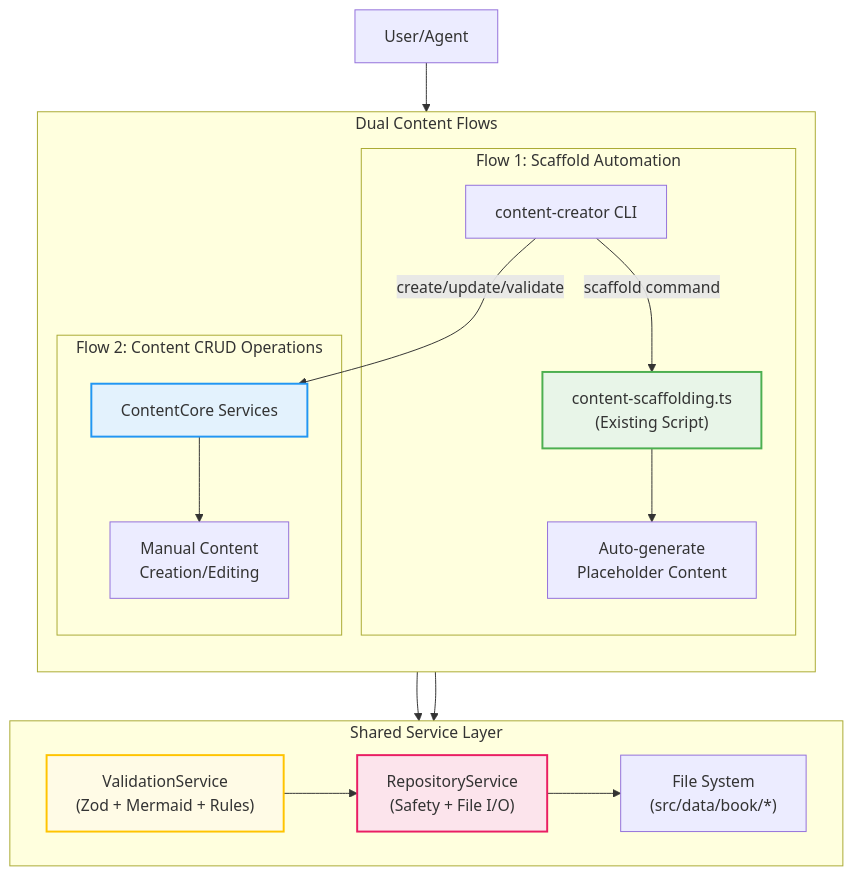
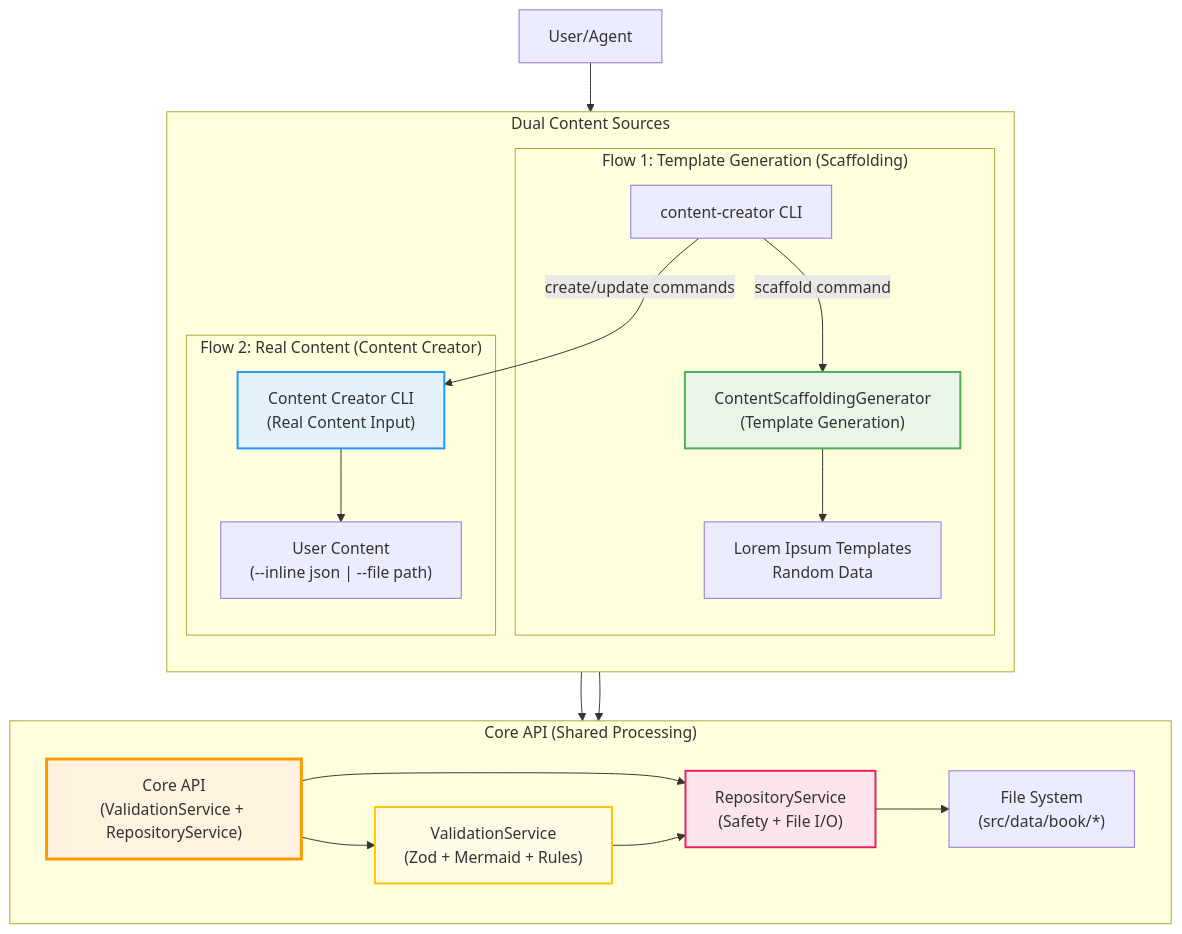
One commit to castocolina/learn-cloud changed the first of 6 diagrams in PLAN-CONTENT-GENERATION.md. Above: the diagram before and after it, drawn with Mermaid. The commit also changed other lines of this file and 13 other files, not shown here.

````diff
--- a/PLAN-CONTENT-GENERATION.md
+++ b/PLAN-CONTENT-GENERATION.md
@@ -11,32 +11,35 @@
 ```mermaid
 flowchart TB
     User["User/Agent"] --> CLI["content-creator CLI"]
 
-    subgraph "Dual Content Flows"
+    subgraph "Dual Content Sources"
         direction TB
 
-        subgraph "Flow 1: Scaffold Automation"
-            CLI -- "scaffold command" --> ScaffoldScript["content-scaffolding.ts<br/>(Existing Script)"]
-            ScaffoldScript --> ScaffoldGen["Auto-generate<br/>Placeholder Content"]
+        subgraph "Flow 1: Template Generation (Scaffolding)"
+            CLI -- "scaffold command" --> ScaffoldGen["ContentScaffoldingGenerator<br/>(Template Generation)"]
+            ScaffoldGen --> TemplateContent["Lorem Ipsum Templates<br/>Random Data"]
         end
 
-        subgraph "Flow 2: Content CRUD Operations"
-            CLI -- "create/update/validate" --> ContentCore["ContentCore Services"]
-            ContentCore --> UserContent["Manual Content<br/>Creation/Editing"]
+        subgraph "Flow 2: Real Content (Content Creator)"
+            CLI -- "create/update commands" --> ContentCreator["Content Creator CLI<br/>(Real Content Input)"]
+            ContentCreator --> RealContent["User Content<br/>(--inline json | --file path)"]
         end
     end
 
-    subgraph "Shared Service Layer"
+    subgraph "Core API (Shared Processing)"
         direction LR
-        ScaffoldGen --> VS["ValidationService<br/>(Zod + Mermaid + Rules)"]
-        UserContent --> VS
-        VS --> RS["RepositoryService<br/>(Safety + File I/O)"]
+        TemplateContent --> CoreAPI["Core API<br/>(ValidationService + RepositoryService)"]
+        RealContent --> CoreAPI
+        CoreAPI --> VS["ValidationService<br/>(Zod + Mermaid + Rules)"]
+        CoreAPI --> RS["RepositoryService<br/>(Safety + File I/O)"]
+        VS --> RS
         RS --> FileSystem["File System<br/>(src/data/book/*)"]
     end
 
     %% Styling
-    style ScaffoldScript fill:#e8f5e8,stroke:#4caf50,stroke-width:2px
-    style ContentCore fill:#e3f2fd,stroke:#2196f3,stroke-width:2px
+    style ScaffoldGen fill:#e8f5e8,stroke:#4caf50,stroke-width:2px
+    style ContentCreator fill:#e3f2fd,stroke:#2196f3,stroke-width:2px
+    style CoreAPI fill:#fff3e0,stroke:#ff9800,stroke-width:3px
     style VS fill:#fffbe6,stroke:#ffc400,stroke-width:2px
     style RS fill:#fce4ec,stroke:#e91e63,stroke-width:2px
 ```
````
